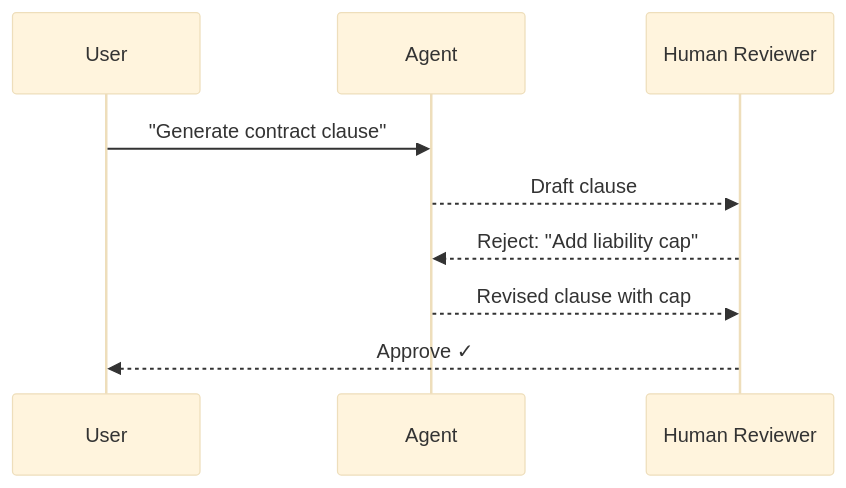
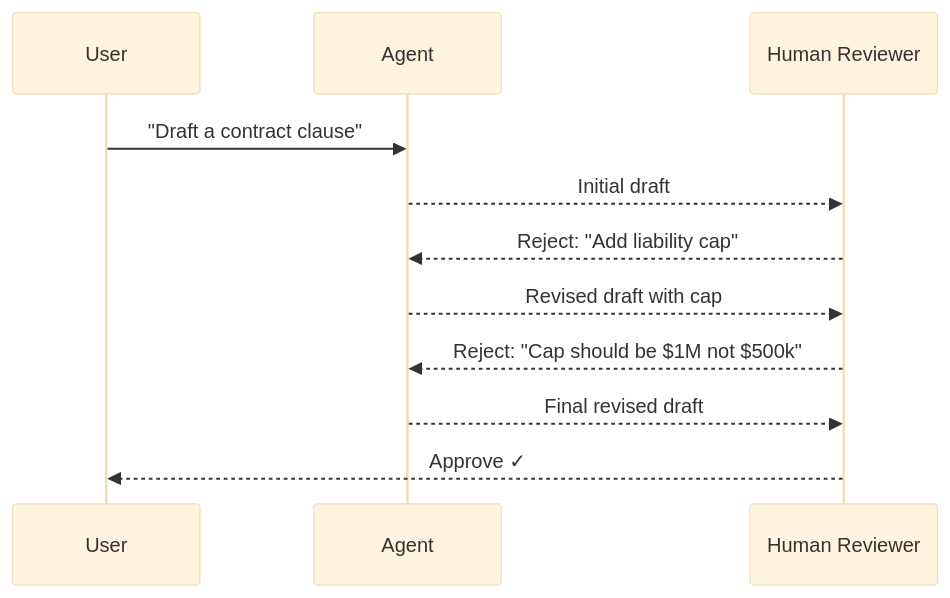
The diagram in docs/patterns/advanced/human-in-the-loop.md (pyagent-core/pyagent), drawn with Mermaid (base theme) before and after one commit. The commit also changed other lines of this file and 152 other files, not shown here.

````diff
--- a/docs/patterns/advanced/human-in-the-loop.md
+++ b/docs/patterns/advanced/human-in-the-loop.md
@@ -7,12 +12,14 @@
 ```mermaid
 sequenceDiagram
     participant U as User
     participant A as Agent
     participant H as Human Reviewer
 
-    U->>A: "Generate contract clause"
-    A-->>H: Draft clause
+    U->>A: "Draft a contract clause"
+    A-->>H: Initial draft
     H-->>A: Reject: "Add liability cap"
-    A-->>H: Revised clause with cap
+    A-->>H: Revised draft with cap
+    H-->>A: Reject: "Cap should be $1M not $500k"
+    A-->>H: Final revised draft
     H-->>U: Approve ✓
 ```
````
